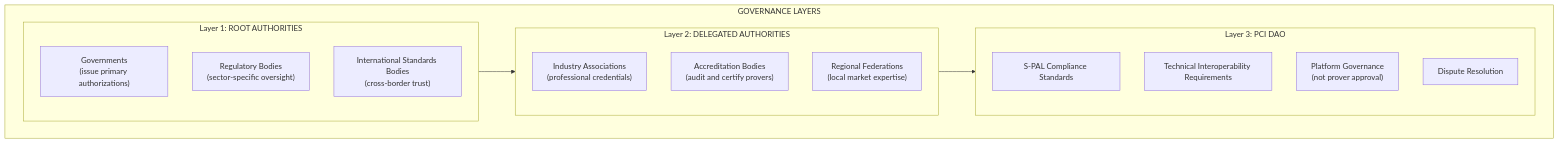
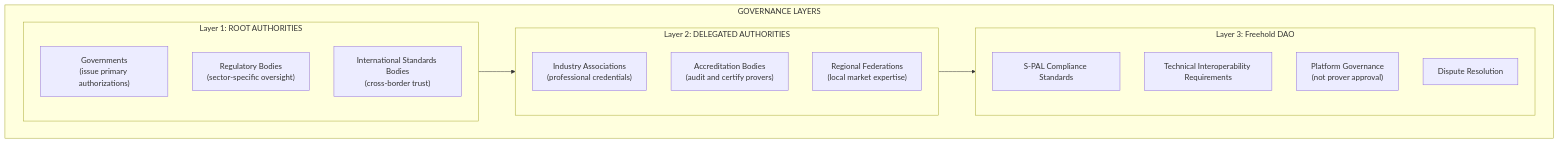
Before and after one commit to freehold-earth/freehold: the second of 3 diagrams in docs/concepts/trust-registry.md, drawn with Mermaid. The commit also changed other lines of this file and 22 other files, not shown here.

First line of the commit message:
Rename the project from PCI to Freehold in documents and READMEs

````diff
--- a/docs/concepts/trust-registry.md
+++ b/docs/concepts/trust-registry.md
@@ -211,26 +211,26 @@
 ```mermaid
 flowchart TB
     subgraph GovernanceLayers["GOVERNANCE LAYERS"]
         subgraph Layer1["Layer 1: ROOT AUTHORITIES"]
             Gov["Governments<br/>(issue primary authorizations)"]
             Reg["Regulatory Bodies<br/>(sector-specific oversight)"]
             Intl["International Standards Bodies<br/>(cross-border trust)"]
         end
 
         subgraph Layer2["Layer 2: DELEGATED AUTHORITIES"]
             Industry["Industry Associations<br/>(professional credentials)"]
             Accred["Accreditation Bodies<br/>(audit and certify provers)"]
             Regional["Regional Federations<br/>(local market expertise)"]
         end
 
-        subgraph Layer3["Layer 3: PCI DAO"]
+        subgraph Layer3["Layer 3: Freehold DAO"]
             SPAL["S-PAL Compliance Standards"]
             Tech["Technical Interoperability Requirements"]
             Platform["Platform Governance<br/>(not prover approval)"]
             Dispute["Dispute Resolution"]
         end
     end
 
     Layer1 --> Layer2
     Layer2 --> Layer3
 ```
````
